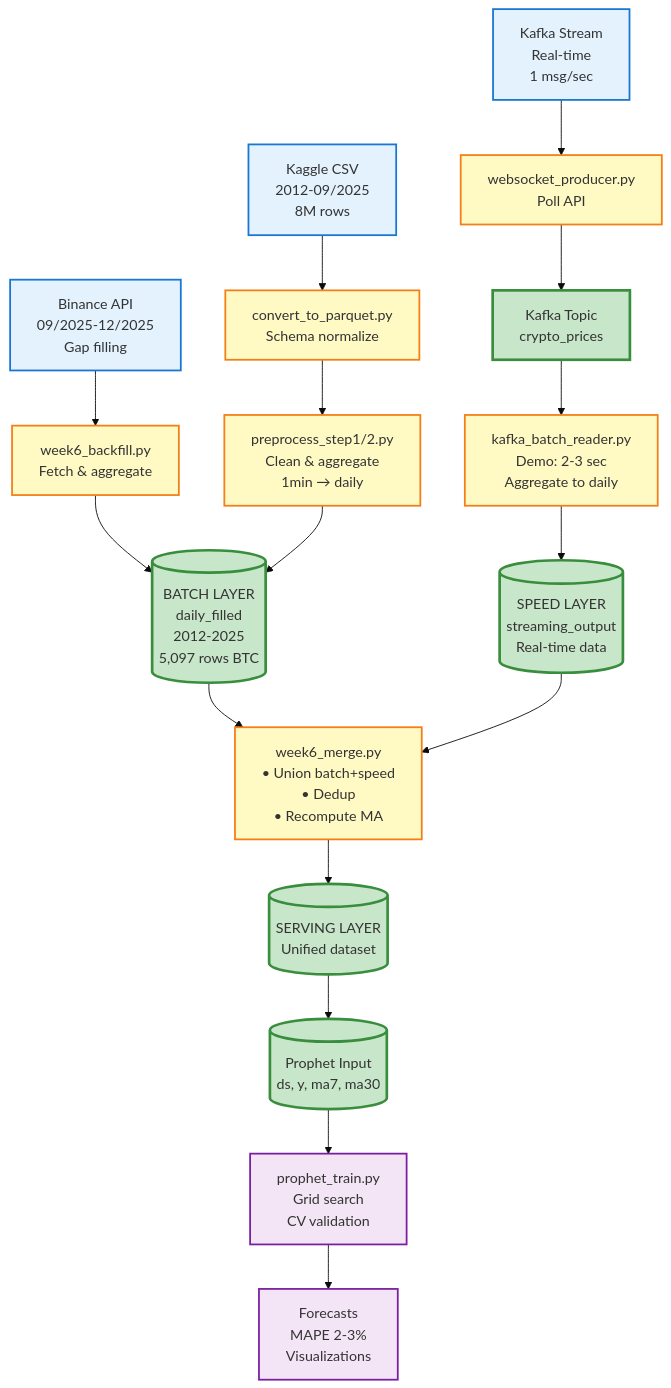
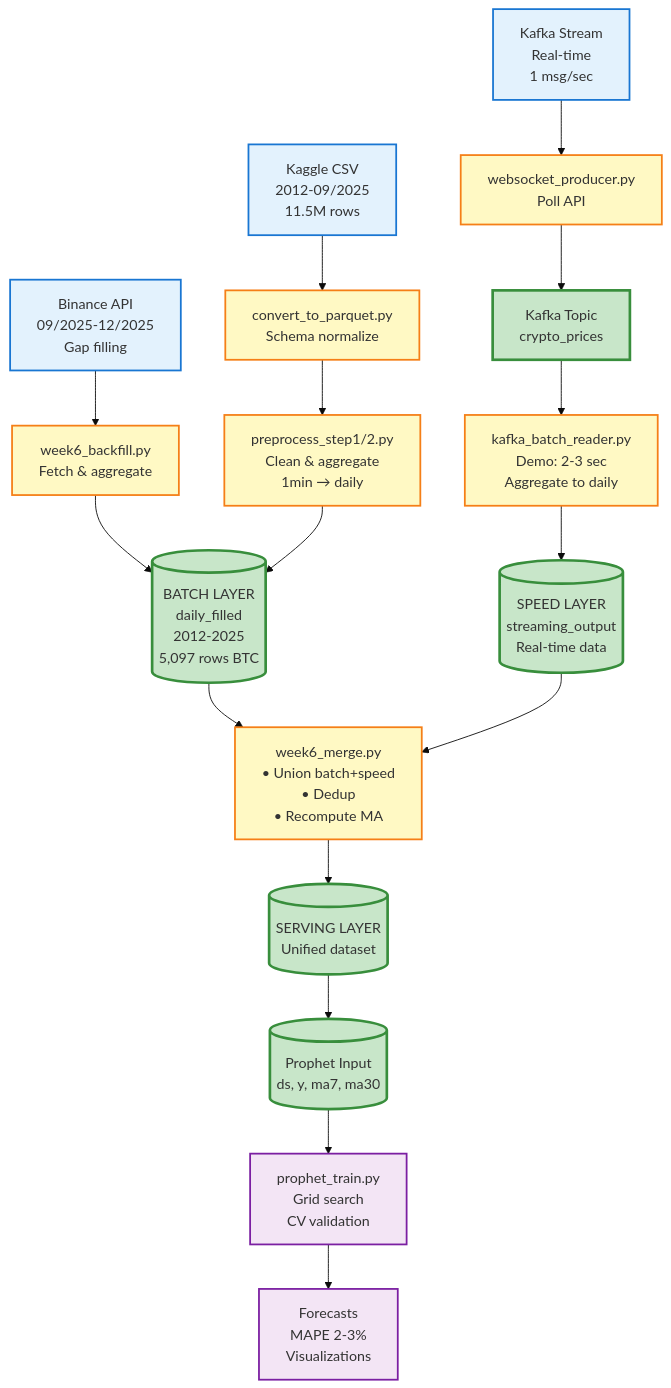
The third of 4 diagrams in BAO_CAO_BIG_DATA_PROJECT.md (doanthetin193/BigDataProject), drawn with Mermaid (base theme) before and after one commit. The commit also changed other lines of this file, not shown here.

````diff
--- a/BAO_CAO_BIG_DATA_PROJECT.md
+++ b/BAO_CAO_BIG_DATA_PROJECT.md
@@ -734,64 +738,64 @@
 ```mermaid
 flowchart TD
     %% Data Sources
-    CSV["Kaggle CSV<br/>2012-09/2025<br/>8M rows"]
+    CSV["Kaggle CSV<br/>2012-09/2025<br/>11.5M rows"]
     API["Binance API<br/>09/2025-12/2025<br/>Gap filling"]
     STREAM["Kafka Stream<br/>Real-time<br/>1 msg/sec"]
     
     %% Processing Layer 1
     CONVERT["convert_to_parquet.py<br/>Schema normalize"]
     BACKFILL["week6_backfill.py<br/>Fetch & aggregate"]
     PRODUCER["websocket_producer.py<br/>Poll API"]
     
     %% Processing Layer 2
     PREPROC["preprocess_step1/2.py<br/>Clean & aggregate<br/>1min → daily"]
     KAFKA_TOPIC["Kafka Topic<br/>crypto_prices"]
     
     %% Batch Layer
     BATCH[("BATCH LAYER<br/>daily_filled<br/>2012-2025<br/>5,097 rows BTC")]
     
     %% Speed Layer
     KAFKA_READER["kafka_batch_reader.py<br/>Demo: 2-3 sec<br/>Aggregate to daily"]
     SPEED[("SPEED LAYER<br/>streaming_output<br/>Real-time data")]
     
     %% Serving Layer
     MERGE["week6_merge.py<br/>• Union batch+speed<br/>• Dedup<br/>• Recompute MA"]
     SERVING[("SERVING LAYER<br/>Unified dataset")]
     
     %% ML Layer
     PROPHET_INPUT[("Prophet Input<br/>ds, y, ma7, ma30")]
     PROPHET["prophet_train.py<br/>Grid search<br/>CV validation"]
     OUTPUT["Forecasts<br/>MAPE 2-3%<br/>Visualizations"]
     
     %% Connections
     CSV --> CONVERT
     API --> BACKFILL
     STREAM --> PRODUCER
     
     CONVERT --> PREPROC
     BACKFILL --> BATCH
     PRODUCER --> KAFKA_TOPIC
     
     PREPROC --> BATCH
     KAFKA_TOPIC --> KAFKA_READER
     KAFKA_READER --> SPEED
     
     BATCH --> MERGE
     SPEED --> MERGE
     MERGE --> SERVING
     
     SERVING --> PROPHET_INPUT
     PROPHET_INPUT --> PROPHET
     PROPHET --> OUTPUT
     
     %% Styling
     classDef sourceStyle fill:#e3f2fd,stroke:#1976d2,stroke-width:2px
     classDef processStyle fill:#fff9c4,stroke:#f57f17,stroke-width:2px
     classDef layerStyle fill:#c8e6c9,stroke:#388e3c,stroke-width:3px
     classDef mlStyle fill:#f3e5f5,stroke:#7b1fa2,stroke-width:2px
     
     class CSV,API,STREAM sourceStyle
     class CONVERT,BACKFILL,PRODUCER,PREPROC,KAFKA_READER,MERGE processStyle
     class BATCH,SPEED,SERVING,KAFKA_TOPIC,PROPHET_INPUT layerStyle
     class PROPHET,OUTPUT mlStyle
 ```
````
